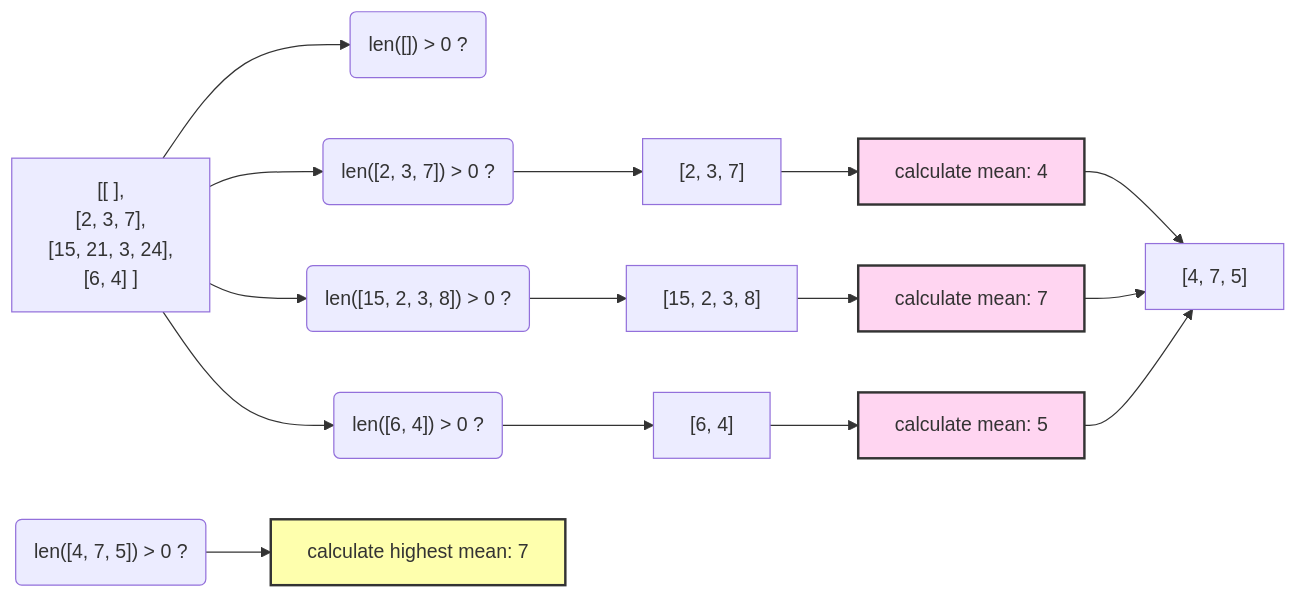
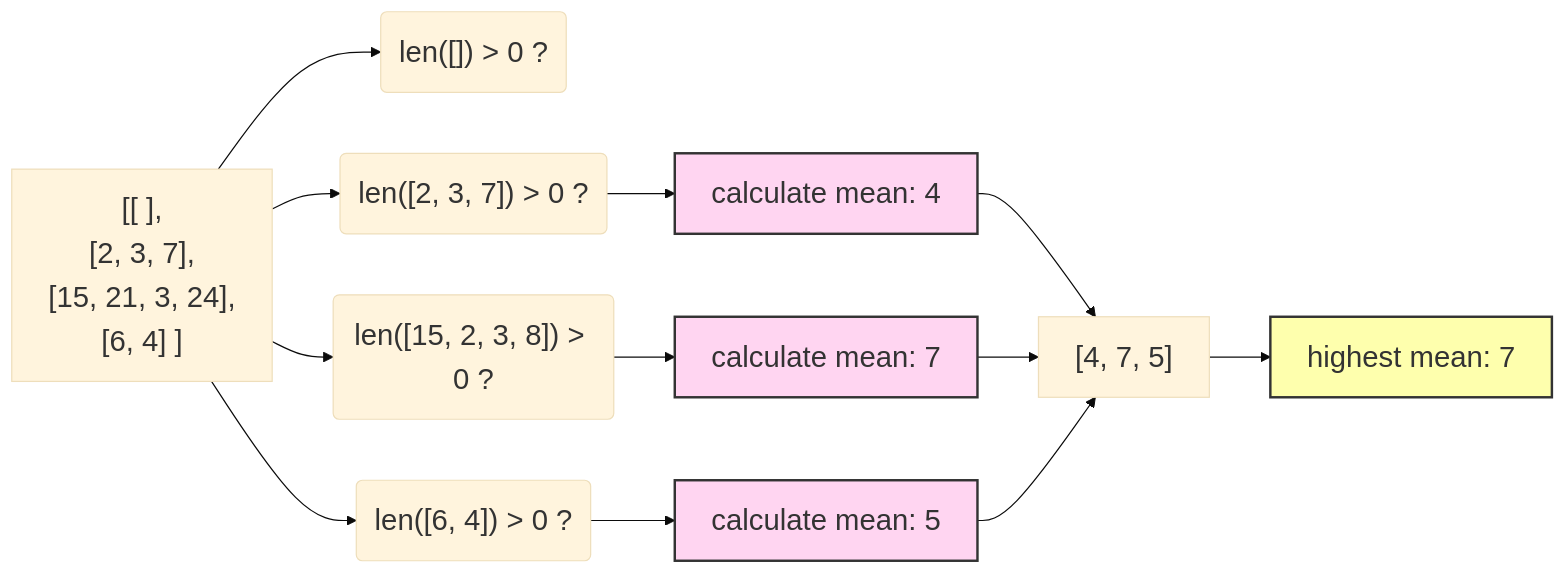
The first of 2 diagrams in slides-11-01.qmd (xinchenyu/csc110-spring2025), drawn with Mermaid before and after one commit. The commit also changed other lines of this file and 2 other files, not shown here.

````diff
--- a/slides-11-01.qmd
+++ b/slides-11-01.qmd
@@ -176,21 +176,20 @@
 ```{mermaid}
+%%{init: {'theme': 'base', 'themeVariables': { 'fontSize': '24px', 'fontFamily': 'Inter'}}}%%
+
 flowchart LR
   A["[[ ],  <br>  [2, 3, 7], <br> [15, 21, 3, 24], <br> [6, 4] ]"] --> B("len([]) > 0 ?") 
-  A --> SS("len([2, 3, 7]) > 0 ?") --> K["[2, 3, 7]"]
-  A --> SSS("len([15, 2, 3, 8]) > 0 ?") --> S["[15, 2, 3, 8]"]
-  A --> SSSS("len([6, 4]) > 0 ?") --> F["[6, 4]"]
-  K -->id1[calculate mean: 4]
-  S --> id2[calculate mean: 7]
-  F --> id3[calculate mean: 5]
+  A --> SS("len([2, 3, 7]) > 0 ?") --> id1[calculate mean: 4]
+  A --> SSS("len([15, 2, 3, 8]) > 0 ?") --> id2[calculate mean: 7]
+  A --> SSSS("len([6, 4]) > 0 ?") --> id3[calculate mean: 5]
   id1 --> E["[4, 7, 5]"]
   id2 --> E
   id3 --> E
   
-  L("len([4, 7, 5]) > 0 ?") --> id4[calculate highest mean: 7]
+  E --> id4[highest mean: 7]
   
 
   style id1 fill:#ffd5f1,stroke:#333,stroke-width:2px
   style id2 fill:#ffd5f1,stroke:#333,stroke-width:2px
   style id3 fill:#ffd5f1,stroke:#333,stroke-width:2px
   style id4 fill:#feffad,stroke:#333,stroke-width:2px
 ```
````
